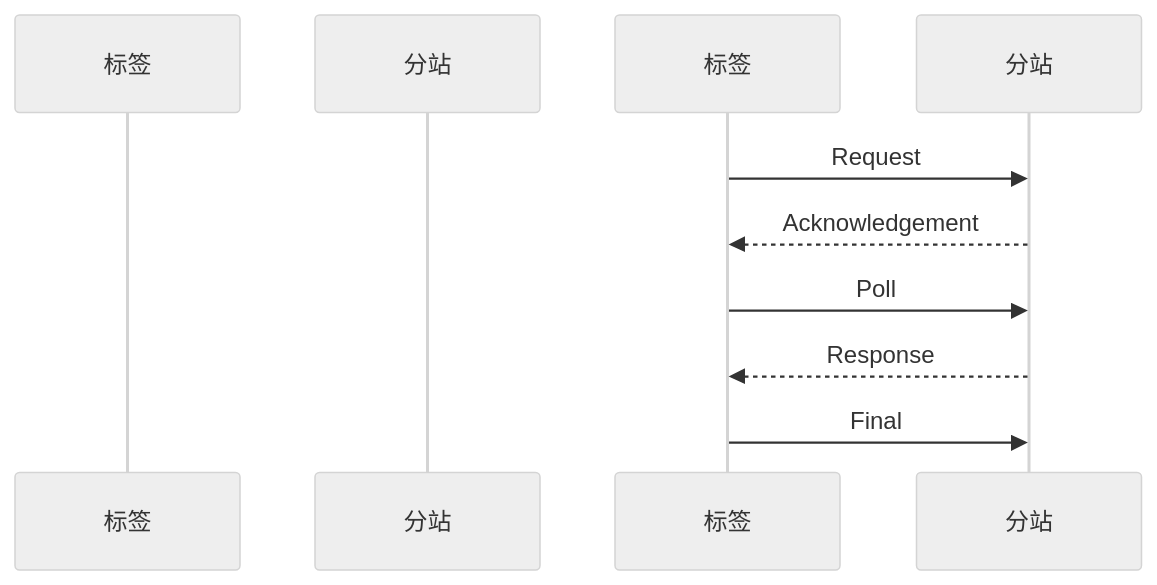
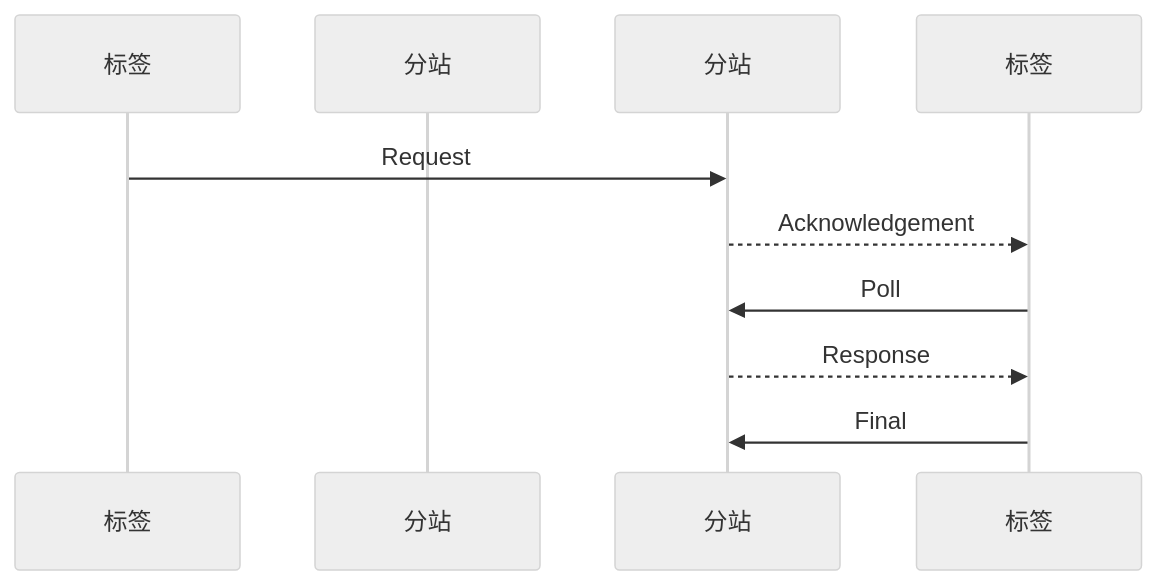
The diagram in all/未命名.md (geek-zhao/iodraw-files), drawn with Mermaid (neutral theme) before and after one commit.

Commit message:
2024-08-17 14:01:30 update

````diff
--- a/all/未命名.md
+++ b/all/未命名.md
@@ -1,11 +1,11 @@
 ```mermaid
 sequenceDiagram
     participant tag as 标签
     participant anchor as 分站
-    标签->>分站: Request
+    tag->>分站: Request
     分站-->>标签: Acknowledgement
     标签->>分站: Poll
     分站-->>标签: Response
     标签->>分站: Final       
 
 ```
````
